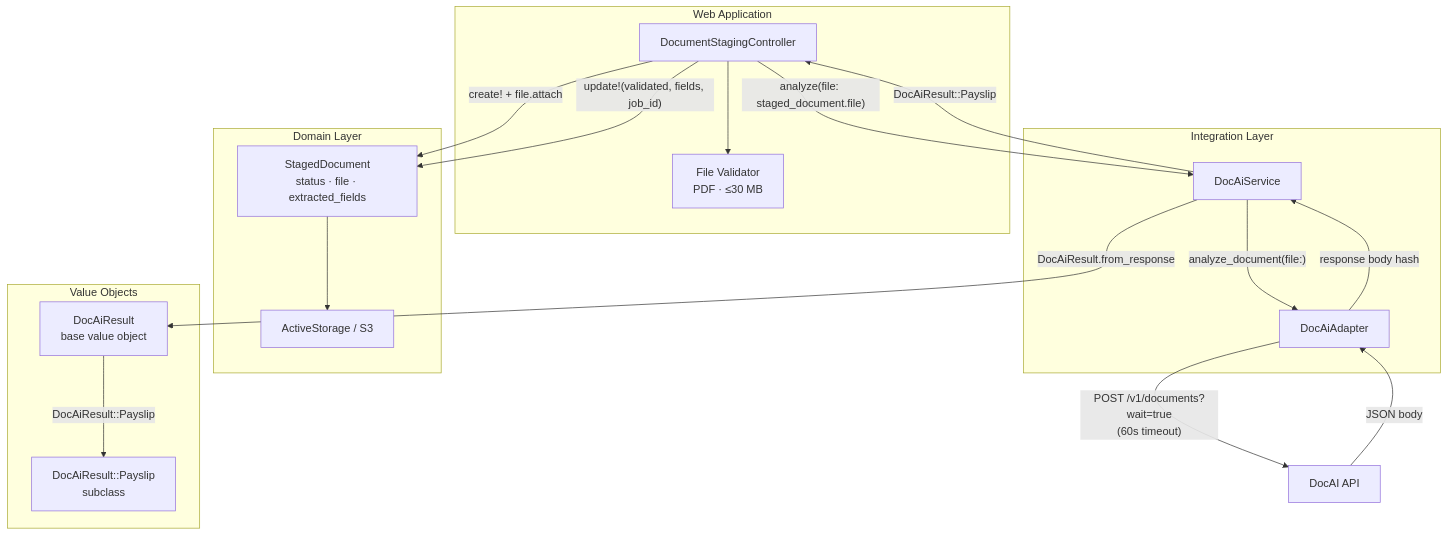
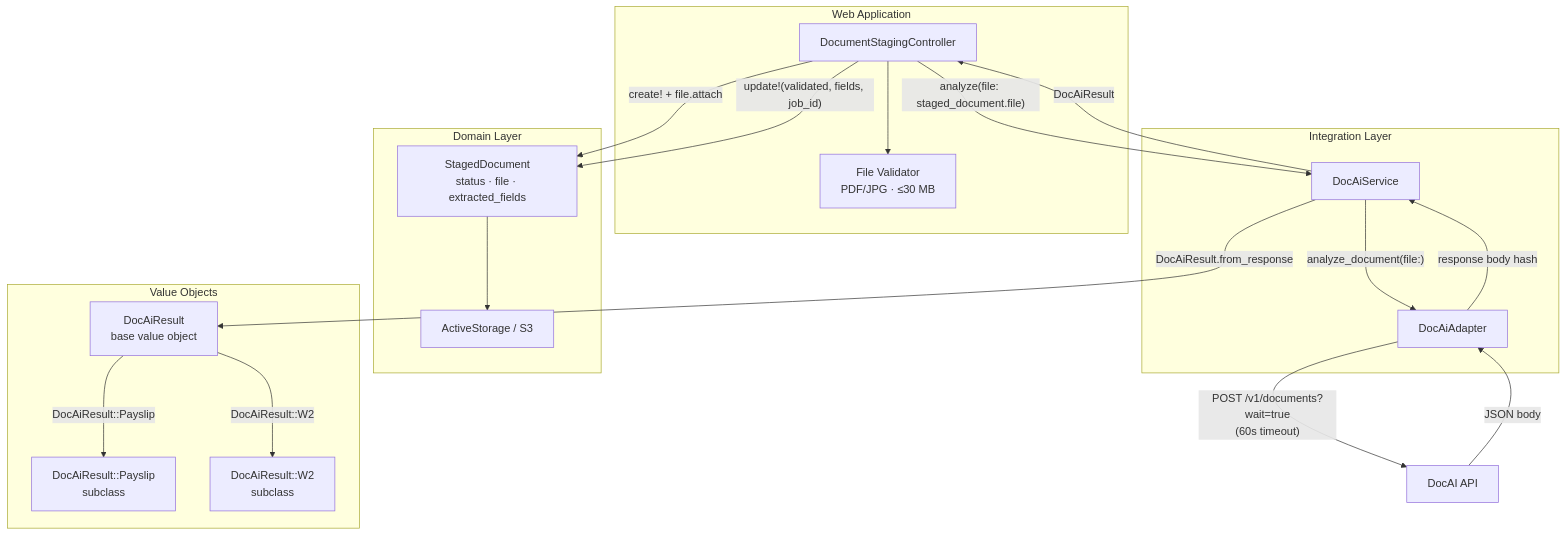
Before and after one commit to navapbc/oscer: the seventh of 7 diagrams in docs/architecture/doc-ai-integration/doc-ai-api.md, drawn with Mermaid. The commit also changed other lines of this file, not shown here.

````diff
--- a/docs/architecture/doc-ai-integration/doc-ai-api.md
+++ b/docs/architecture/doc-ai-integration/doc-ai-api.md
@@ -264,35 +250,37 @@
 ```mermaid
 flowchart TB
     subgraph web [Web Application]
         Controller[DocumentStagingController]
-        Validator[File Validator\nPDF · ≤30 MB]
+        Validator[File Validator\nPDF/JPG · ≤30 MB]
     end
 
     subgraph domain [Domain Layer]
         StagedDoc[StagedDocument\nstatus · file · extracted_fields]
         AS[ActiveStorage / S3]
     end
 
     subgraph integration [Integration Layer]
         Service[DocAiService]
         Adapter[DocAiAdapter]
     end
 
     subgraph results [Value Objects]
         Result[DocAiResult\nbase value object]
         Payslip[DocAiResult::Payslip\nsubclass]
+        W2[DocAiResult::W2\nsubclass]
     end
 
     Controller --> Validator
     Controller -->|"create! + file.attach"| StagedDoc
     StagedDoc --> AS
     Controller -->|"analyze(file: staged_document.file)"| Service
     Service -->|"analyze_document(file:)"| Adapter
     Adapter -->|"POST /v1/documents?wait=true\n(60s timeout)"| DocAI[DocAI API]
     DocAI -->|"JSON body"| Adapter
     Adapter -->|"response body hash"| Service
     Service -->|"DocAiResult.from_response"| Result
     Result -->|"DocAiResult::Payslip"| Payslip
-    Service -->|"DocAiResult::Payslip"| Controller
+    Result -->|"DocAiResult::W2"| W2
+    Service -->|"DocAiResult"| Controller
     Controller -->|"update!(validated, fields, job_id)"| StagedDoc
 ```
````
